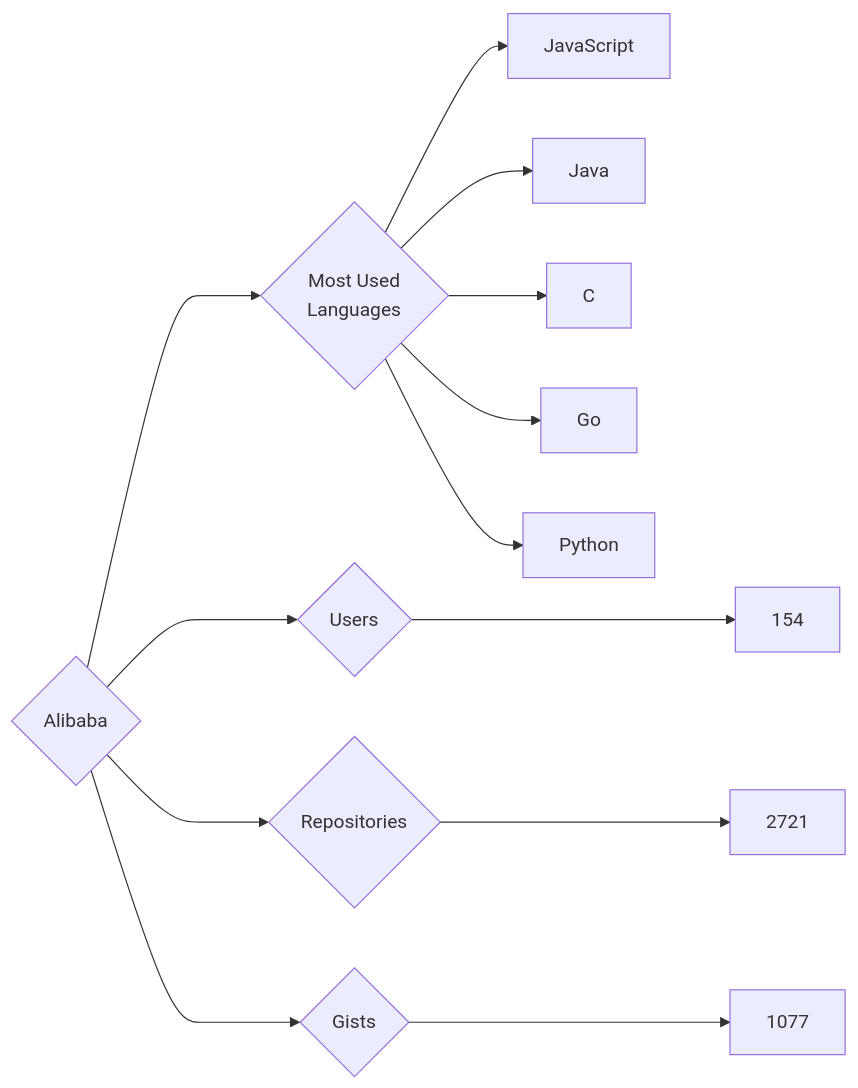
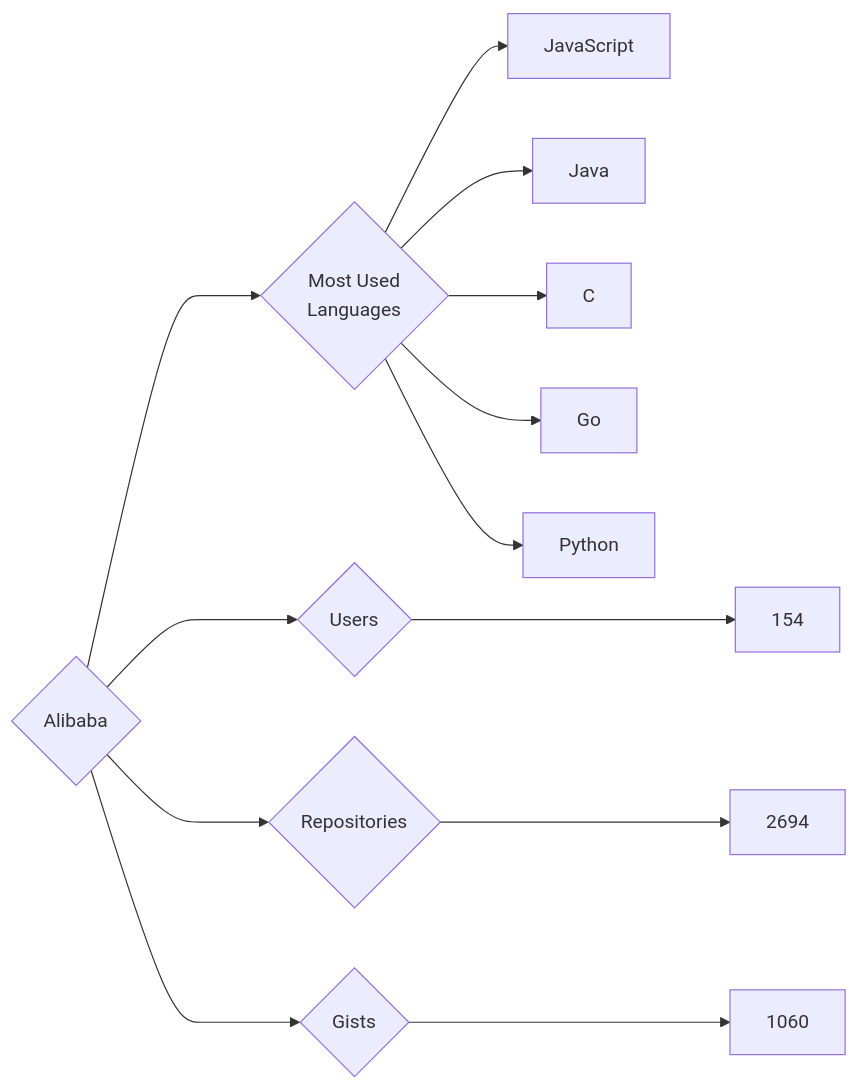
Before and after one commit to trickest/insiders: the diagram in targets/Alibaba/README.md, drawn with Mermaid. The commit also changed 927 other files, not shown here.

````diff
--- a/targets/Alibaba/README.md
+++ b/targets/Alibaba/README.md
@@ -3,13 +3,13 @@
 ```mermaid
 graph LR
 COMPANY_NAME{Alibaba}
 COMPANY_NAME ---> U{Users} ---> UN[154]
-COMPANY_NAME ---> R{Repositories} ---> RN[2721]
-COMPANY_NAME ---> G{Gists} ---> GN[1077]
+COMPANY_NAME ---> R{Repositories} ---> RN[2694]
+COMPANY_NAME ---> G{Gists} ---> GN[1060]
 COMPANY_NAME ---> ML{Most Used<br>Languages}
 ML --> JavaScript[JavaScript]
 ML --> Java[Java]
 ML --> C[C]
 ML --> Go[Go]
 ML --> Python[Python]
 ```
````
